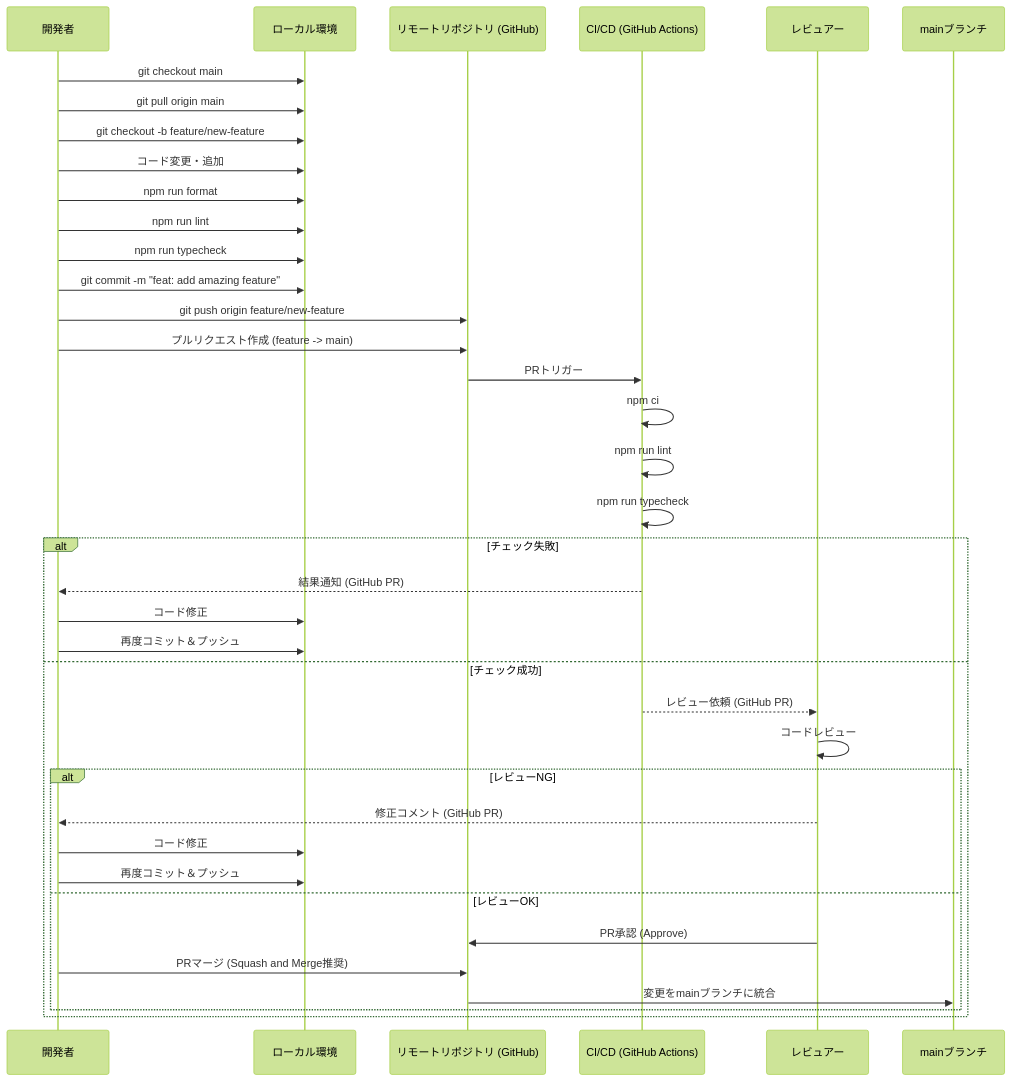
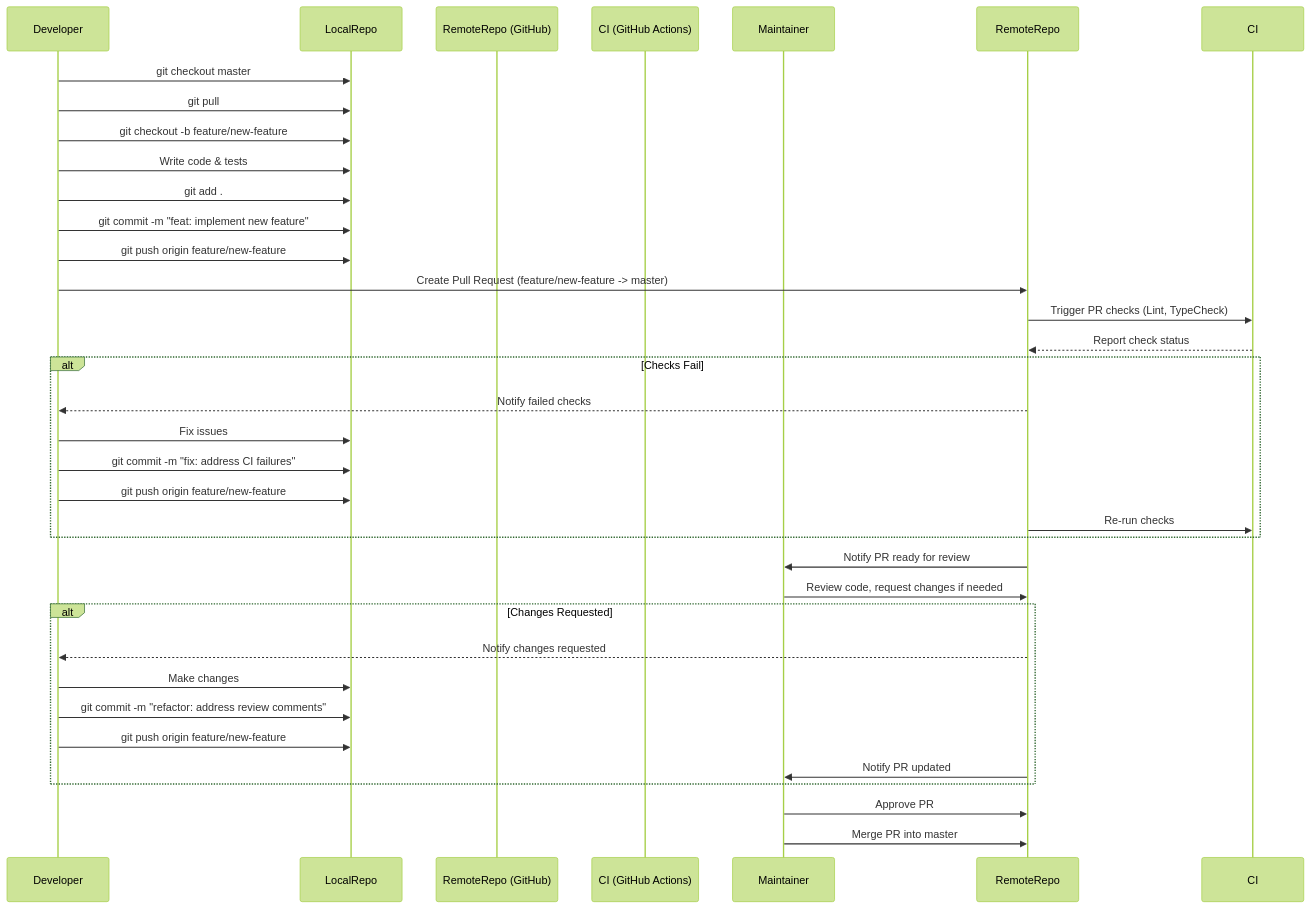
One commit to tkhs0813/docgenius changed the first of 2 diagrams in output/development.md. Above: the diagram before and after it, drawn with Mermaid (forest theme). The commit also changed other lines of this file and 4 other files, not shown here.

````diff
--- a/output/development.md
+++ b/output/development.md
@@ -143,41 +169,37 @@
 ```mermaid
 sequenceDiagram
-    participant Dev as 開発者
-    participant Local as ローカル環境
-    participant Remote as リモートリポジトリ (GitHub)
-    participant CI as CI/CD (GitHub Actions)
-    participant Reviewer as レビュアー
-    participant Main as mainブランチ
+    participant Developer
+    participant LocalRepo
+    participant RemoteRepo (GitHub)
+    participant CI (GitHub Actions)
+    participant Maintainer
 
-    Dev->>Local: git checkout main
-    Dev->>Local: git pull origin main
-    Dev->>Local: git checkout -b feature/new-feature
-    Dev->>Local: コード変更・追加
-    Dev->>Local: npm run format
-    Dev->>Local: npm run lint
-    Dev->>Local: npm run typecheck
-    Dev->>Local: git commit -m "feat: add amazing feature"
-    Dev->>Remote: git push origin feature/new-feature
-    Dev->>Remote: プルリクエスト作成 (feature -> main)
-    Remote->>CI: PRトリガー
-    CI->>CI: npm ci
-    CI->>CI: npm run lint
-    CI->>CI: npm run typecheck
-    alt チェック失敗
-        CI-->>Dev: 結果通知 (GitHub PR)
-        Dev->>Local: コード修正
-        Dev->>Local: 再度コミット＆プッシュ
-    else チェック成功
-        CI-->>Reviewer: レビュー依頼 (GitHub PR)
-        Reviewer->>Reviewer: コードレビュー
-        alt レビューNG
-            Reviewer-->>Dev: 修正コメント (GitHub PR)
-            Dev->>Local: コード修正
-            Dev->>Local: 再度コミット＆プッシュ
-        else レビューOK
-            Reviewer->>Remote: PR承認 (Approve)
-            Dev->>Remote: PRマージ (Squash and Merge推奨)
-            Remote->>Main: 変更をmainブランチに統合
-        end
+    Developer->>LocalRepo: git checkout master
+    Developer->>LocalRepo: git pull
+    Developer->>LocalRepo: git checkout -b feature/new-feature
+    Developer->>LocalRepo: Write code & tests
+    Developer->>LocalRepo: git add .
+    Developer->>LocalRepo: git commit -m "feat: implement new feature"
+    Developer->>LocalRepo: git push origin feature/new-feature
+    Developer->>RemoteRepo: Create Pull Request (feature/new-feature -> master)
+    RemoteRepo->>CI: Trigger PR checks (Lint, TypeCheck)
+    CI-->>RemoteRepo: Report check status
+    alt Checks Fail
+        RemoteRepo-->>Developer: Notify failed checks
+        Developer->>LocalRepo: Fix issues
+        Developer->>LocalRepo: git commit -m "fix: address CI failures"
+        Developer->>LocalRepo: git push origin feature/new-feature
+        RemoteRepo->>CI: Re-run checks
     end
+    RemoteRepo->>Maintainer: Notify PR ready for review
+    Maintainer->>RemoteRepo: Review code, request changes if needed
+    alt Changes Requested
+        RemoteRepo-->>Developer: Notify changes requested
+        Developer->>LocalRepo: Make changes
+        Developer->>LocalRepo: git commit -m "refactor: address review comments"
+        Developer->>LocalRepo: git push origin feature/new-feature
+        RemoteRepo->>Maintainer: Notify PR updated
+    end
+    Maintainer->>RemoteRepo: Approve PR
+    Maintainer->>RemoteRepo: Merge PR into master
 ```
````
